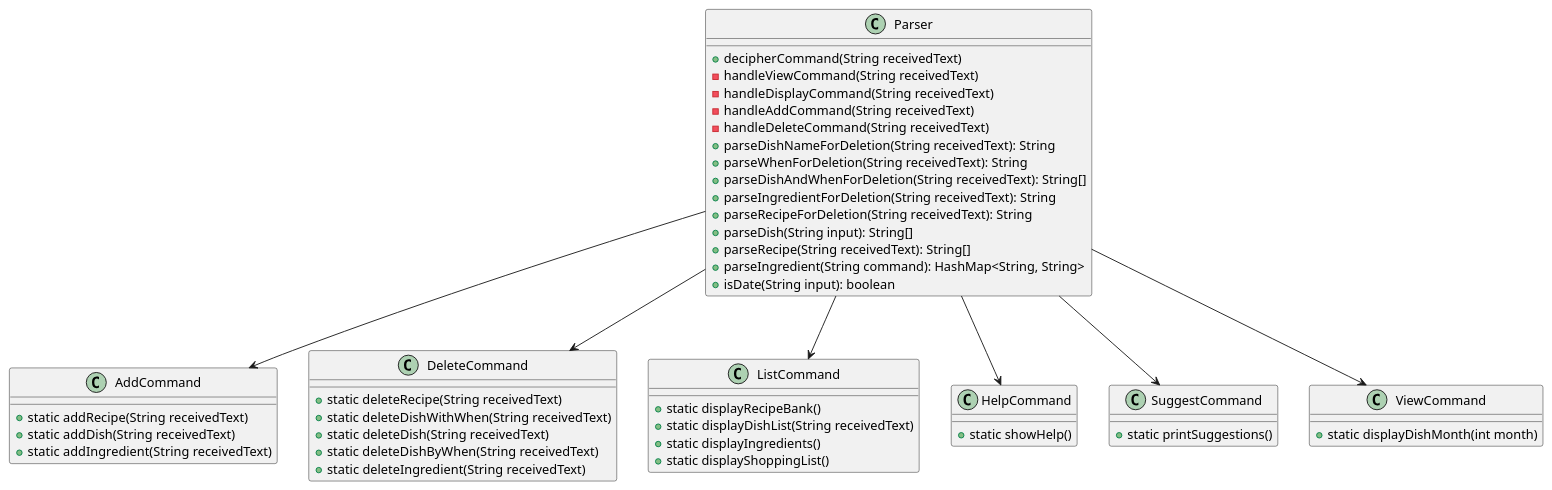
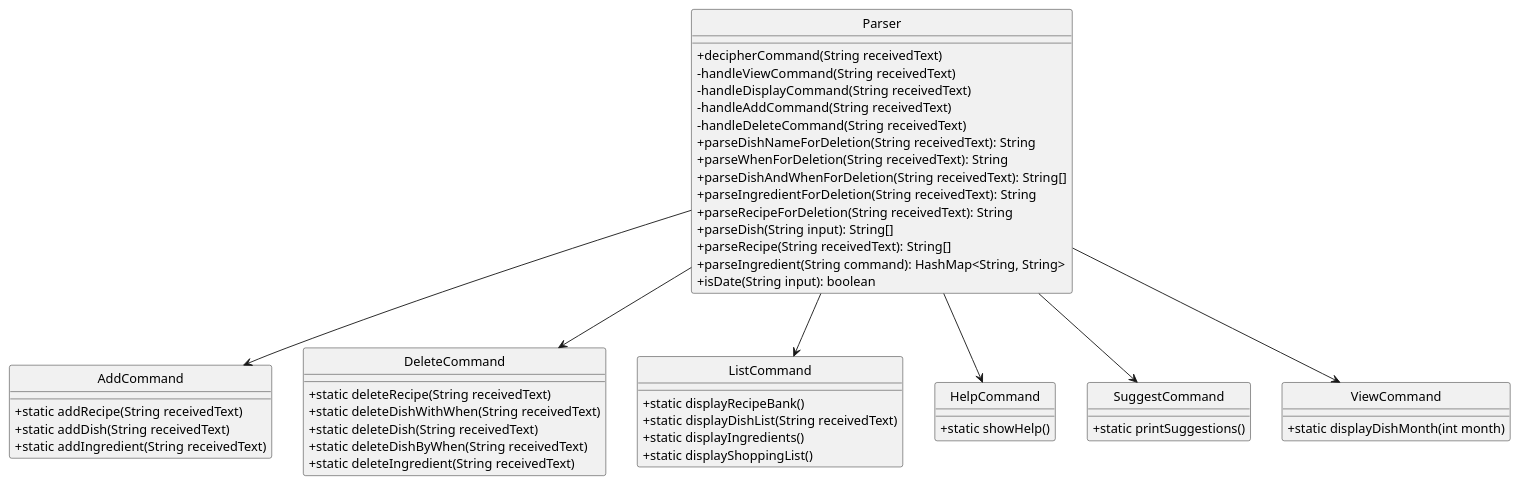
One commit to whalesyong/tp changed the diagram in src/main/java/seedu/cookingaids/diagrams/Parser.puml. Above: the diagram before and after it, drawn with PlantUML. The commit also changed 1 other file, not shown here.

Commit message:
Fixed icons in Parser diagram

```diff
--- a/src/main/java/seedu/cookingaids/diagrams/Parser.puml
+++ b/src/main/java/seedu/cookingaids/diagrams/Parser.puml
@@ -1,60 +1,63 @@
 @startuml
 
+hide circle
+skinparam classAttributeIconSize 0
+
 class Parser {
-    +decipherCommand(String receivedText)
-    -handleViewCommand(String receivedText)
-    -handleDisplayCommand(String receivedText)
-    -handleAddCommand(String receivedText)
-    -handleDeleteCommand(String receivedText)
-    +parseDishNameForDeletion(String receivedText): String
-    +parseWhenForDeletion(String receivedText): String
-    +parseDishAndWhenForDeletion(String receivedText): String[]
-    +parseIngredientForDeletion(String receivedText): String
-    +parseRecipeForDeletion(String receivedText): String
-    +parseDish(String input): String[]
-    +parseRecipe(String receivedText): String[]
-    +parseIngredient(String command): HashMap<String, String>
-    +isDate(String input): boolean
++ decipherCommand(String receivedText)
+- handleViewCommand(String receivedText)
+- handleDisplayCommand(String receivedText)
+- handleAddCommand(String receivedText)
+- handleDeleteCommand(String receivedText)
++ parseDishNameForDeletion(String receivedText): String
++ parseWhenForDeletion(String receivedText): String
++ parseDishAndWhenForDeletion(String receivedText): String[]
++ parseIngredientForDeletion(String receivedText): String
++ parseRecipeForDeletion(String receivedText): String
++ parseDish(String input): String[]
++ parseRecipe(String receivedText): String[]
++ parseIngredient(String command): HashMap<String, String>
++ isDate(String input): boolean
 }
 
 class AddCommand {
-    +static addRecipe(String receivedText)
-    +static addDish(String receivedText)
-    +static addIngredient(String receivedText)
++ static addRecipe(String receivedText)
++ static addDish(String receivedText)
++ static addIngredient(String receivedText)
 }
 
 class DeleteCommand {
-    +static deleteRecipe(String receivedText)
-    +static deleteDishWithWhen(String receivedText)
-    +static deleteDish(String receivedText)
-    +static deleteDishByWhen(String receivedText)
-    +static deleteIngredient(String receivedText)
++ static deleteRecipe(String receivedText)
++ static deleteDishWithWhen(String receivedText)
++ static deleteDish(String receivedText)
++ static deleteDishByWhen(String receivedText)
++ static deleteIngredient(String receivedText)
 }
 
 class ListCommand {
-    +static displayRecipeBank()
-    +static displayDishList(String receivedText)
-    +static displayIngredients()
-    +static displayShoppingList()
++ static displayRecipeBank()
++ static displayDishList(String receivedText)
++ static displayIngredients()
++ static displayShoppingList()
 }
 
 class HelpCommand {
-    +static showHelp()
++ static showHelp()
 }
 
 class SuggestCommand {
-    +static printSuggestions()
++ static printSuggestions()
 }
 
 class ViewCommand {
-    +static displayDishMonth(int month)
++ static displayDishMonth(int month)
 }
 
 Parser --> AddCommand
 Parser --> DeleteCommand
 Parser --> ListCommand
 Parser --> HelpCommand
 Parser --> SuggestCommand
 Parser --> ViewCommand
 
 @enduml
```
